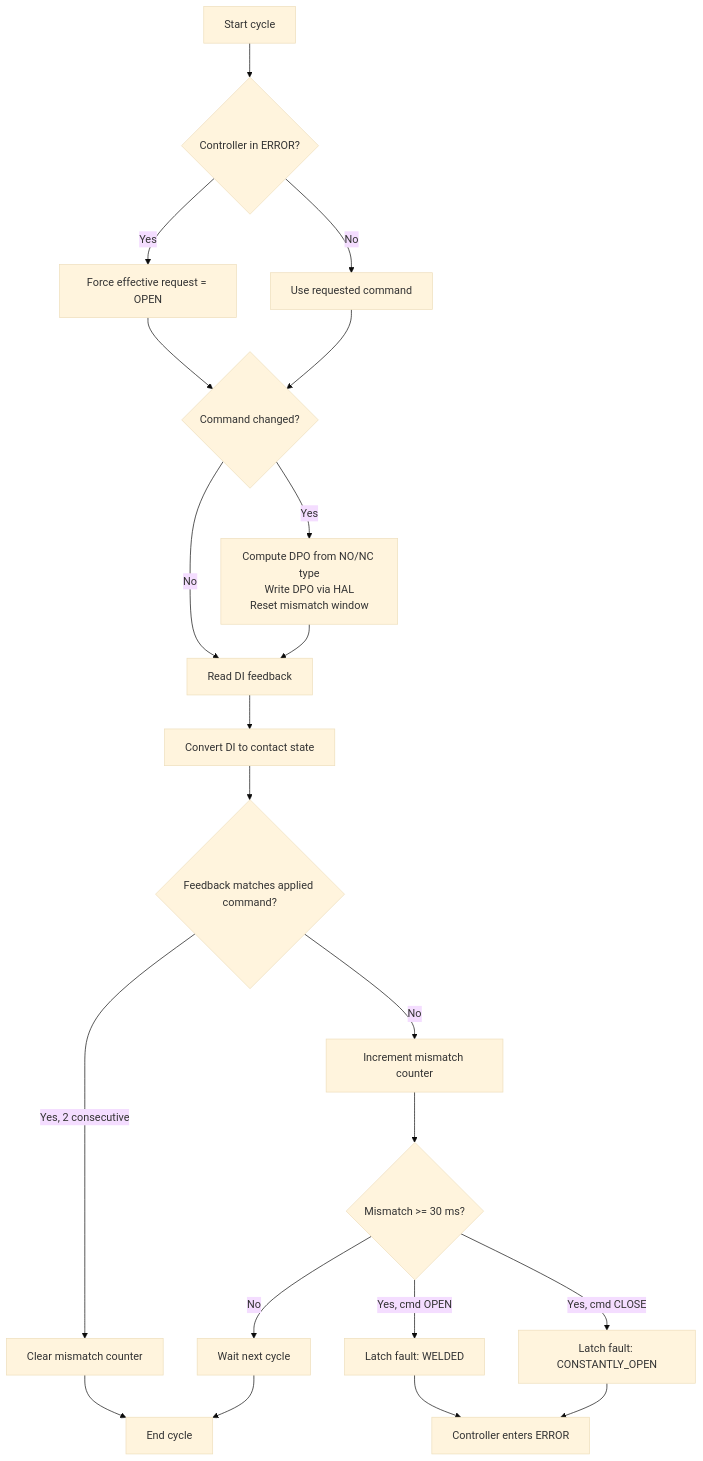
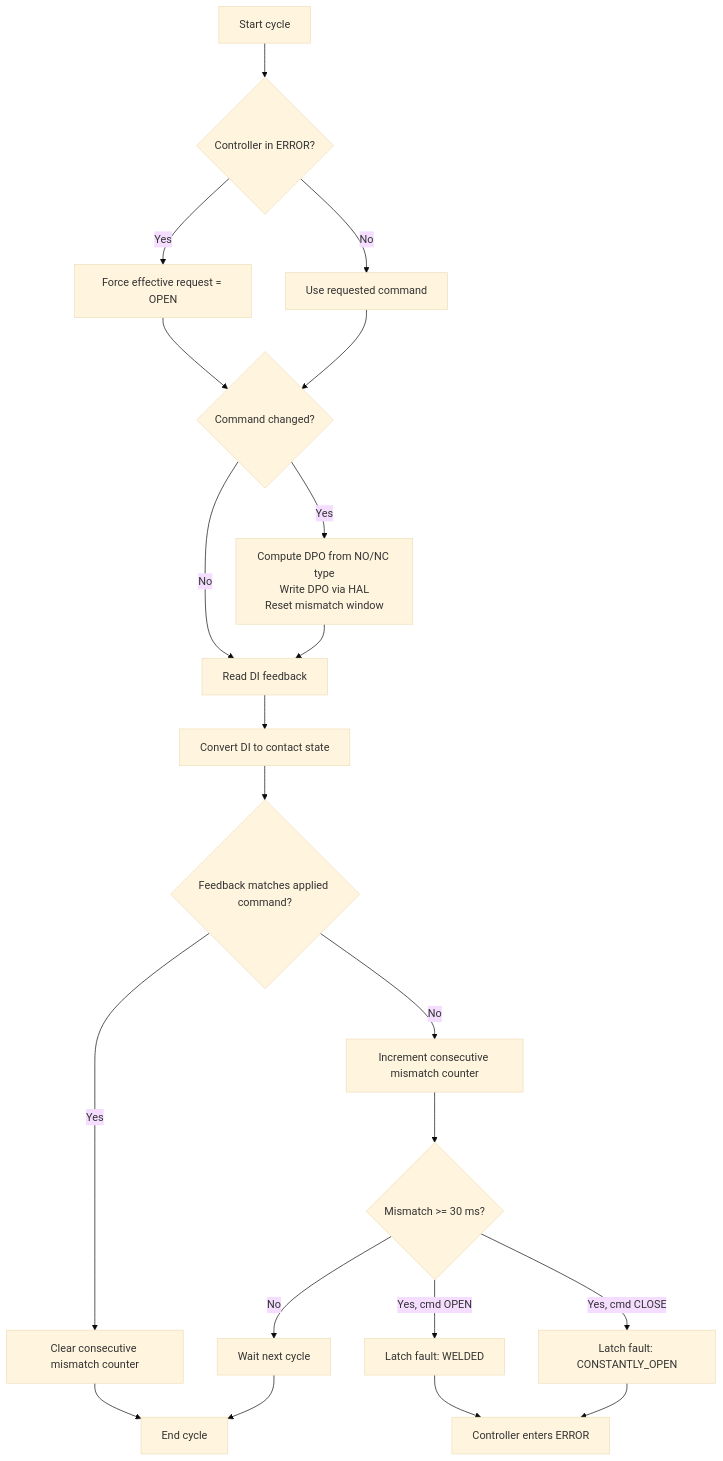
Before and after one commit to loncarivona/br_esw_candidate_task: the third of 3 diagrams in docs/architecture.md, drawn with Mermaid (base theme). The commit also changed other lines of this file and 11 other files, not shown here.

````diff
--- a/docs/architecture.md
+++ b/docs/architecture.md
@@ -113,23 +144,23 @@
 ```mermaid
 flowchart TD
     A[Start cycle] --> B{Controller in ERROR?}
     B -->|Yes| C[Force effective request = OPEN]
     B -->|No| D[Use requested command]
     C --> E{Command changed?}
     D --> E
     E -->|Yes| F[Compute DPO from NO/NC type\nWrite DPO via HAL\nReset mismatch window]
     E -->|No| G[Read DI feedback]
     F --> G
     G --> H[Convert DI to contact state]
     H --> I{Feedback matches applied command?}
-    I -->|Yes, 2 consecutive| J[Clear mismatch counter]
-    I -->|No| K[Increment mismatch counter]
+    I -->|Yes| J[Clear consecutive mismatch counter]
+    I -->|No| K[Increment consecutive mismatch counter]
     K --> L{Mismatch >= 30 ms?}
     L -->|Yes, cmd OPEN| M[Latch fault: WELDED]
     L -->|Yes, cmd CLOSE| N[Latch fault: CONSTANTLY_OPEN]
     L -->|No| O[Wait next cycle]
     M --> P[Controller enters ERROR]
     N --> P
     J --> Q[End cycle]
     O --> Q
 ```
````
